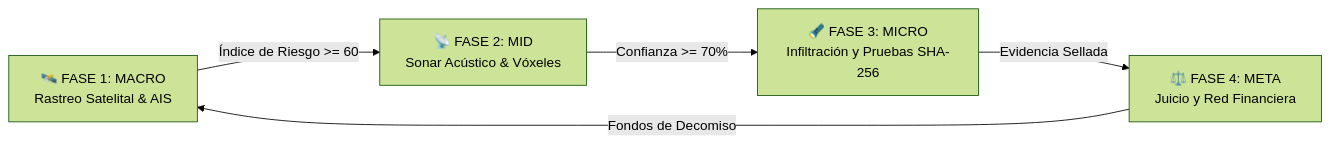
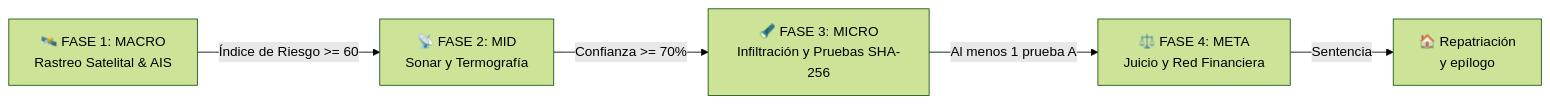
The diagram in README.md (Efustion23/Kairos_Videojuego), drawn with Mermaid (forest theme) before and after one commit. The commit also changed other lines of this file and 6 other files, not shown here.

````diff
--- a/README.md
+++ b/README.md
@@ -48,7 +49,7 @@
 ```mermaid
 flowchart LR
-    F1["🛰️ FASE 1: MACRO<br/>Rastreo Satelital & AIS"] -->|Índice de Riesgo >= 60| F2["📡 FASE 2: MID<br/>Sonar Acústico & Vóxeles"]
+    F1["🛰️ FASE 1: MACRO<br/>Rastreo Satelital & AIS"] -->|Índice de Riesgo >= 60| F2["📡 FASE 2: MID<br/>Sonar y Termografía"]
     F2 -->|Confianza >= 70%| F3["🔦 FASE 3: MICRO<br/>Infiltración y Pruebas SHA-256"]
-    F3 -->|Evidencia Sellada| F4["⚖️ FASE 4: META<br/>Juicio y Red Financiera"]
-    F4 -->|Fondos de Decomiso| F1
+    F3 -->|Al menos 1 prueba A| F4["⚖️ FASE 4: META<br/>Juicio y Red Financiera"]
+    F4 -->|Sentencia| R["🏠 Repatriación<br/>y epílogo"]
 ```
````
